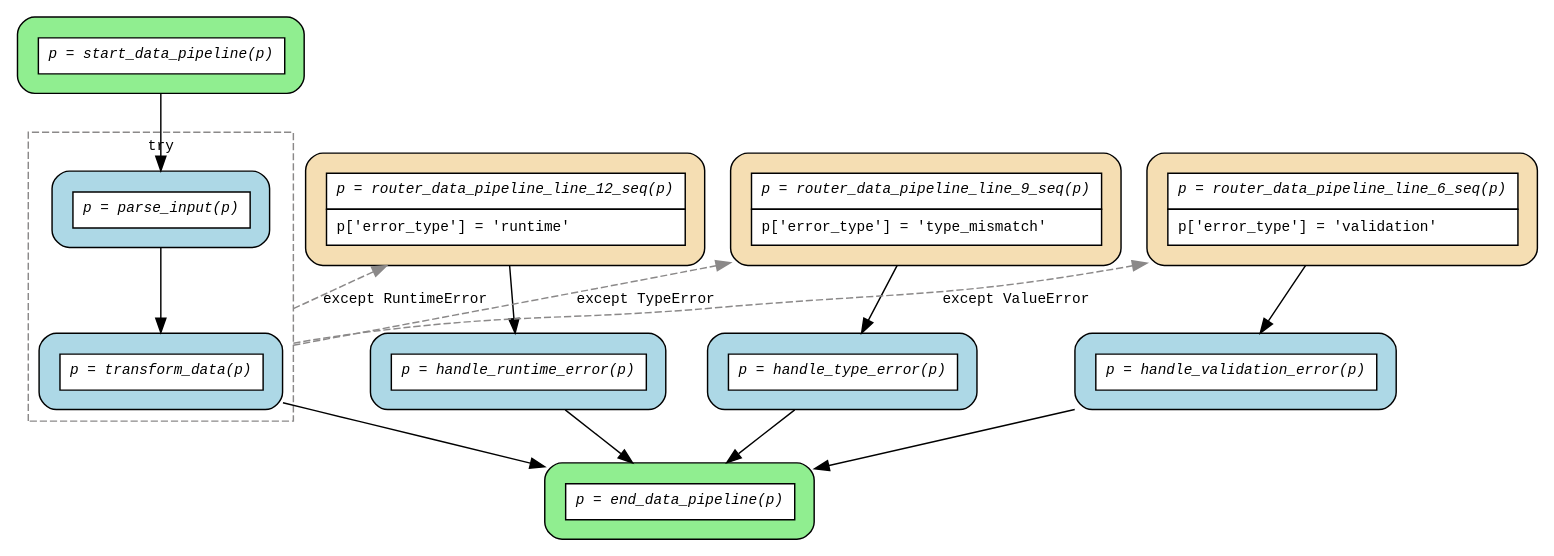
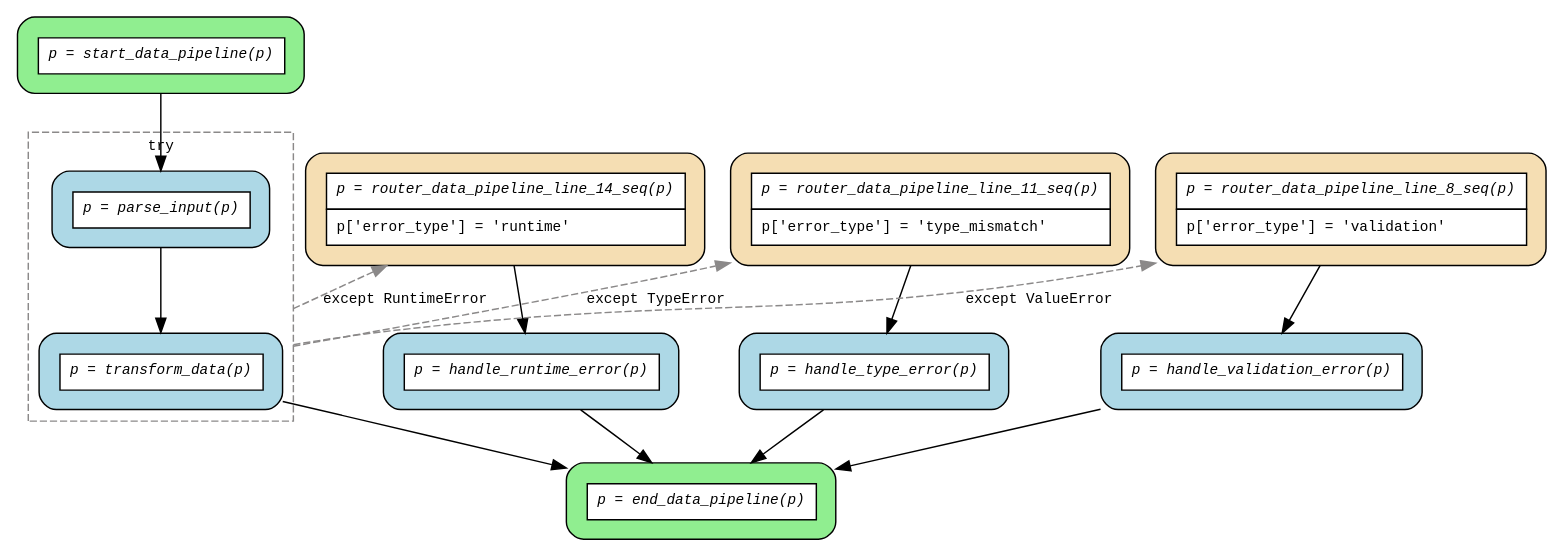
Before and after one commit to deliveryhero/asya: the diagram in examples/flows/compiled/try_except_multiple_handlers/flow.dot, drawn with Graphviz. The commit also changed 252 other files, not shown here.

First line of the commit message:
fix(flow): add @flow decorator requirement to flow entry points

```diff
--- a/examples/flows/compiled/try_except_multiple_handlers/flow.dot
+++ b/examples/flows/compiled/try_except_multiple_handlers/flow.dot
@@ -1,38 +1,38 @@
 digraph flow {
   rankdir=TB;
   compound=true;
   graph [fontname="Courier", fontsize=10];
   node [fontname="Courier", fontsize=10, shape=box, style="filled,rounded", margin="0.2"];
   edge [fontname="Courier", fontsize=10];
 
   start_data_pipeline [fillcolor="lightgreen", group="main", label=<<table border="0" cellspacing="0" cellpadding="6" cellborder="1"><tr><td bgcolor="white" align="center"><i>p = start_data_pipeline(p)</i></td></tr></table>>];
-  router_data_pipeline_line_6_seq [fillcolor="wheat", group="main", label=<<table border="0" cellspacing="0" cellpadding="6" cellborder="1"><tr><td bgcolor="white" align="center"><i>p = router_data_pipeline_line_6_seq(p)</i></td></tr><tr><td bgcolor="white" align="left">p['error_type'] = 'validation'</td></tr></table>>];
-  router_data_pipeline_line_9_seq [fillcolor="wheat", group="main", label=<<table border="0" cellspacing="0" cellpadding="6" cellborder="1"><tr><td bgcolor="white" align="center"><i>p = router_data_pipeline_line_9_seq(p)</i></td></tr><tr><td bgcolor="white" align="left">p['error_type'] = 'type_mismatch'</td></tr></table>>];
-  router_data_pipeline_line_12_seq [fillcolor="wheat", group="main", label=<<table border="0" cellspacing="0" cellpadding="6" cellborder="1"><tr><td bgcolor="white" align="center"><i>p = router_data_pipeline_line_12_seq(p)</i></td></tr><tr><td bgcolor="white" align="left">p['error_type'] = 'runtime'</td></tr></table>>];
+  router_data_pipeline_line_8_seq [fillcolor="wheat", group="main", label=<<table border="0" cellspacing="0" cellpadding="6" cellborder="1"><tr><td bgcolor="white" align="center"><i>p = router_data_pipeline_line_8_seq(p)</i></td></tr><tr><td bgcolor="white" align="left">p['error_type'] = 'validation'</td></tr></table>>];
+  router_data_pipeline_line_11_seq [fillcolor="wheat", group="main", label=<<table border="0" cellspacing="0" cellpadding="6" cellborder="1"><tr><td bgcolor="white" align="center"><i>p = router_data_pipeline_line_11_seq(p)</i></td></tr><tr><td bgcolor="white" align="left">p['error_type'] = 'type_mismatch'</td></tr></table>>];
+  router_data_pipeline_line_14_seq [fillcolor="wheat", group="main", label=<<table border="0" cellspacing="0" cellpadding="6" cellborder="1"><tr><td bgcolor="white" align="center"><i>p = router_data_pipeline_line_14_seq(p)</i></td></tr><tr><td bgcolor="white" align="left">p['error_type'] = 'runtime'</td></tr></table>>];
   end_data_pipeline [fillcolor="lightgreen", group="main", label=<<table border="0" cellspacing="0" cellpadding="6" cellborder="1"><tr><td bgcolor="white" align="center"><i>p = end_data_pipeline(p)</i></td></tr></table>>];
   handle_runtime_error [fillcolor="lightblue", label=<<table border="0" cellspacing="0" cellpadding="6" cellborder="1"><tr><td bgcolor="white" align="center"><i>p = handle_runtime_error(p)</i></td></tr></table>>];
   handle_type_error [fillcolor="lightblue", label=<<table border="0" cellspacing="0" cellpadding="6" cellborder="1"><tr><td bgcolor="white" align="center"><i>p = handle_type_error(p)</i></td></tr></table>>];
   handle_validation_error [fillcolor="lightblue", label=<<table border="0" cellspacing="0" cellpadding="6" cellborder="1"><tr><td bgcolor="white" align="center"><i>p = handle_validation_error(p)</i></td></tr></table>>];
   subgraph cluster_try_0 {
     style=dashed;
     color="snow4";
     fontname="Courier";
     fontsize=10;
     label="try";
     parse_input [fillcolor="lightblue", label=<<table border="0" cellspacing="0" cellpadding="6" cellborder="1"><tr><td bgcolor="white" align="center"><i>p = parse_input(p)</i></td></tr></table>>];
     transform_data [fillcolor="lightblue", label=<<table border="0" cellspacing="0" cellpadding="6" cellborder="1"><tr><td bgcolor="white" align="center"><i>p = transform_data(p)</i></td></tr></table>>];
   }
 
   handle_runtime_error -> end_data_pipeline;
   handle_type_error -> end_data_pipeline;
   handle_validation_error -> end_data_pipeline;
   parse_input -> transform_data;
-  router_data_pipeline_line_12_seq -> handle_runtime_error;
-  router_data_pipeline_line_6_seq -> handle_validation_error;
-  router_data_pipeline_line_9_seq -> handle_type_error;
+  router_data_pipeline_line_11_seq -> handle_type_error;
+  router_data_pipeline_line_14_seq -> handle_runtime_error;
+  router_data_pipeline_line_8_seq -> handle_validation_error;
   start_data_pipeline -> parse_input;
   transform_data -> end_data_pipeline;
-  transform_data -> router_data_pipeline_line_12_seq [ltail=cluster_try_0, color=snow4, style=dashed, label="except RuntimeError", constraint=false];
-  transform_data -> router_data_pipeline_line_6_seq [ltail=cluster_try_0, color=snow4, style=dashed, label="except ValueError", constraint=false];
-  transform_data -> router_data_pipeline_line_9_seq [ltail=cluster_try_0, color=snow4, style=dashed, label="except TypeError", constraint=false];
+  transform_data -> router_data_pipeline_line_11_seq [ltail=cluster_try_0, color=snow4, style=dashed, label="except TypeError", constraint=false];
+  transform_data -> router_data_pipeline_line_14_seq [ltail=cluster_try_0, color=snow4, style=dashed, label="except RuntimeError", constraint=false];
+  transform_data -> router_data_pipeline_line_8_seq [ltail=cluster_try_0, color=snow4, style=dashed, label="except ValueError", constraint=false];
 }
```
